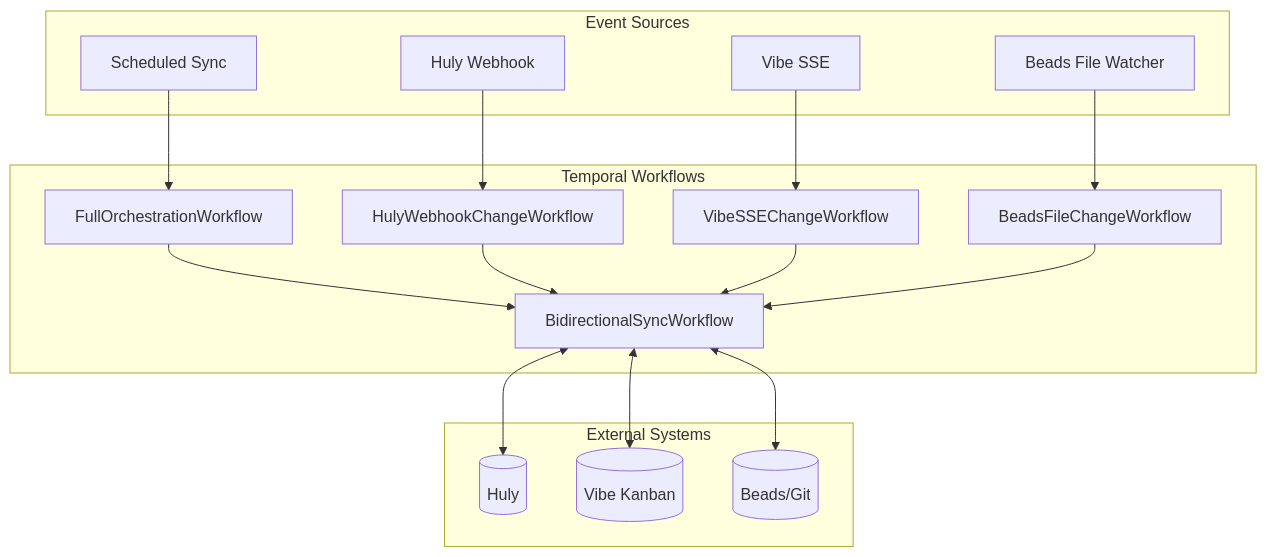
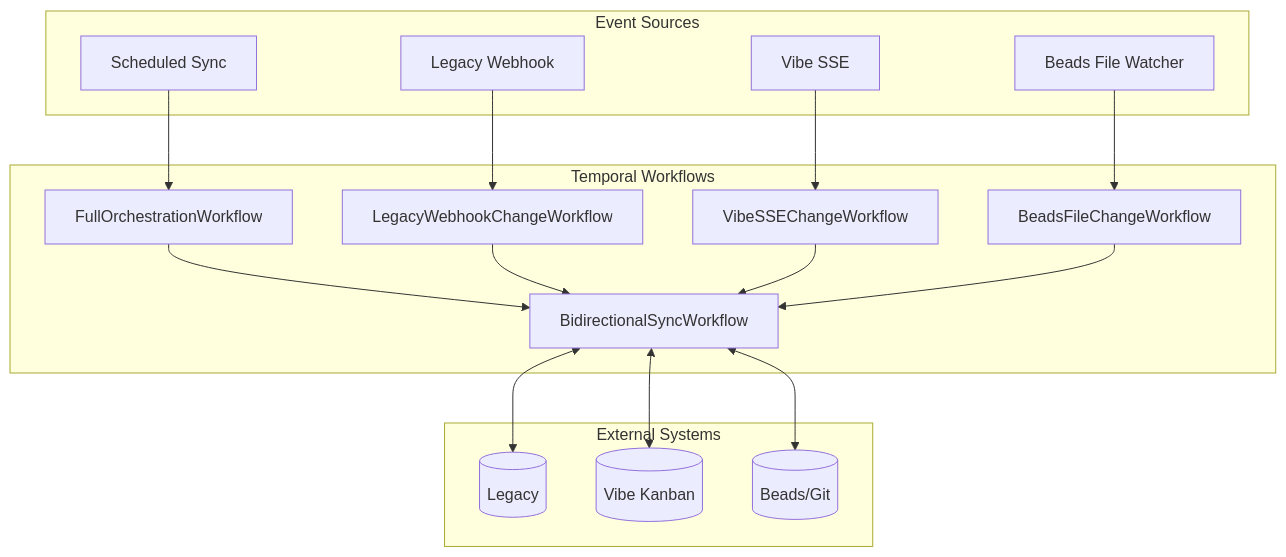
One commit to oculairmedia/huly-vibe-sync changed the first of 6 diagrams in docs/architecture/sync-flow.md. Above: the diagram before and after it, drawn with Mermaid. The commit also changed other lines of this file and 174 other files, not shown here.

````diff
--- a/docs/architecture/sync-flow.md
+++ b/docs/architecture/sync-flow.md
@@ -7,37 +7,37 @@
 ```mermaid
 flowchart TB
     subgraph Sources["Event Sources"]
-        HW[Huly Webhook]
+        HW[Legacy Webhook]
         VS[Vibe SSE]
         BF[Beads File Watcher]
         SC[Scheduled Sync]
     end
 
     subgraph Temporal["Temporal Workflows"]
         OW[FullOrchestrationWorkflow]
         BW[BidirectionalSyncWorkflow]
-        HWW[HulyWebhookChangeWorkflow]
+        HWW[LegacyWebhookChangeWorkflow]
         VWW[VibeSSEChangeWorkflow]
         BFW[BeadsFileChangeWorkflow]
     end
 
     subgraph Systems["External Systems"]
-        H[(Huly)]
+        H[(Legacy)]
         V[(Vibe Kanban)]
         B[(Beads/Git)]
     end
 
     HW --> HWW
     VS --> VWW
     BF --> BFW
     SC --> OW
 
     OW --> BW
     HWW --> BW
     VWW --> BW
     BFW --> BW
 
     BW <--> H
     BW <--> V
     BW <--> B
 ```
````
